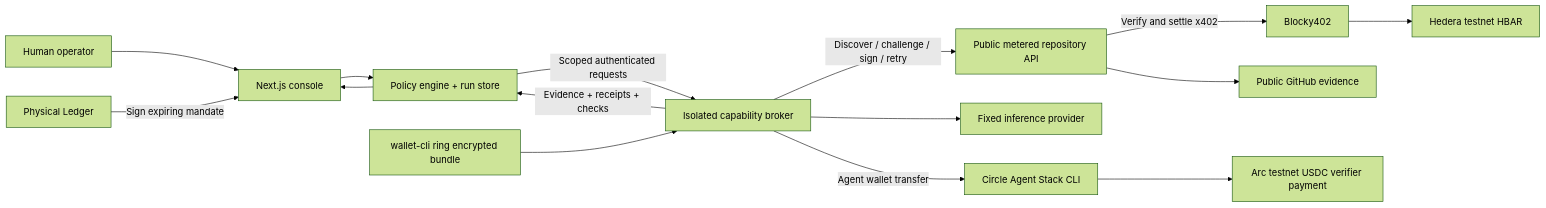
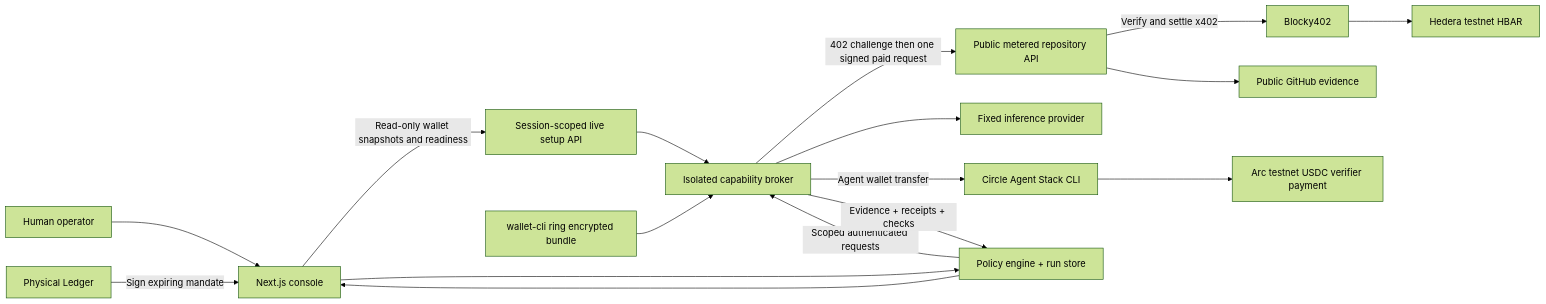
Before and after one commit to saiisback/obolos: the diagram in README.md, drawn with Mermaid (forest theme). The commit also changed other lines of this file and 35 other files, not shown here.

Commit message:
feat: add live wallet readiness and retained Ledger authorization evidence

````diff
--- a/README.md
+++ b/README.md
@@ -27,17 +27,19 @@
 ```mermaid
 flowchart LR
   Human[Human operator] --> UI[Next.js console]
   Ledger[Physical Ledger] -->|Sign expiring mandate| UI
+  UI -->|Read-only wallet snapshots and readiness| Readiness[Session-scoped live setup API]
+  Readiness --> Broker
   UI --> Policy[Policy engine + run store]
   Policy -->|Scoped authenticated requests| Broker[Isolated capability broker]
   Ring[wallet-cli ring encrypted bundle] --> Broker
-  Broker -->|Discover / challenge / sign / retry| Data[Public metered repository API]
+  Broker -->|402 challenge then one signed paid request| Data[Public metered repository API]
   Data -->|Verify and settle x402| Blocky[Blocky402]
   Blocky --> Hedera[Hedera testnet HBAR]
   Data --> GitHub[Public GitHub evidence]
   Broker --> Model[Fixed inference provider]
   Broker -->|Agent wallet transfer| Circle[Circle Agent Stack CLI]
   Circle --> Arc[Arc testnet USDC verifier payment]
   Broker -->|Evidence + receipts + checks| Policy
   Policy --> UI
 ```
````
